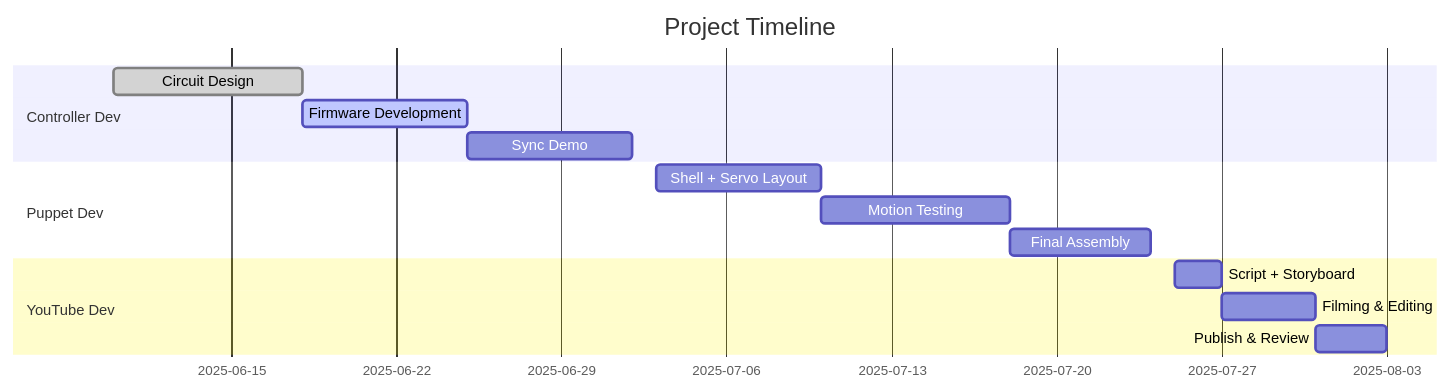
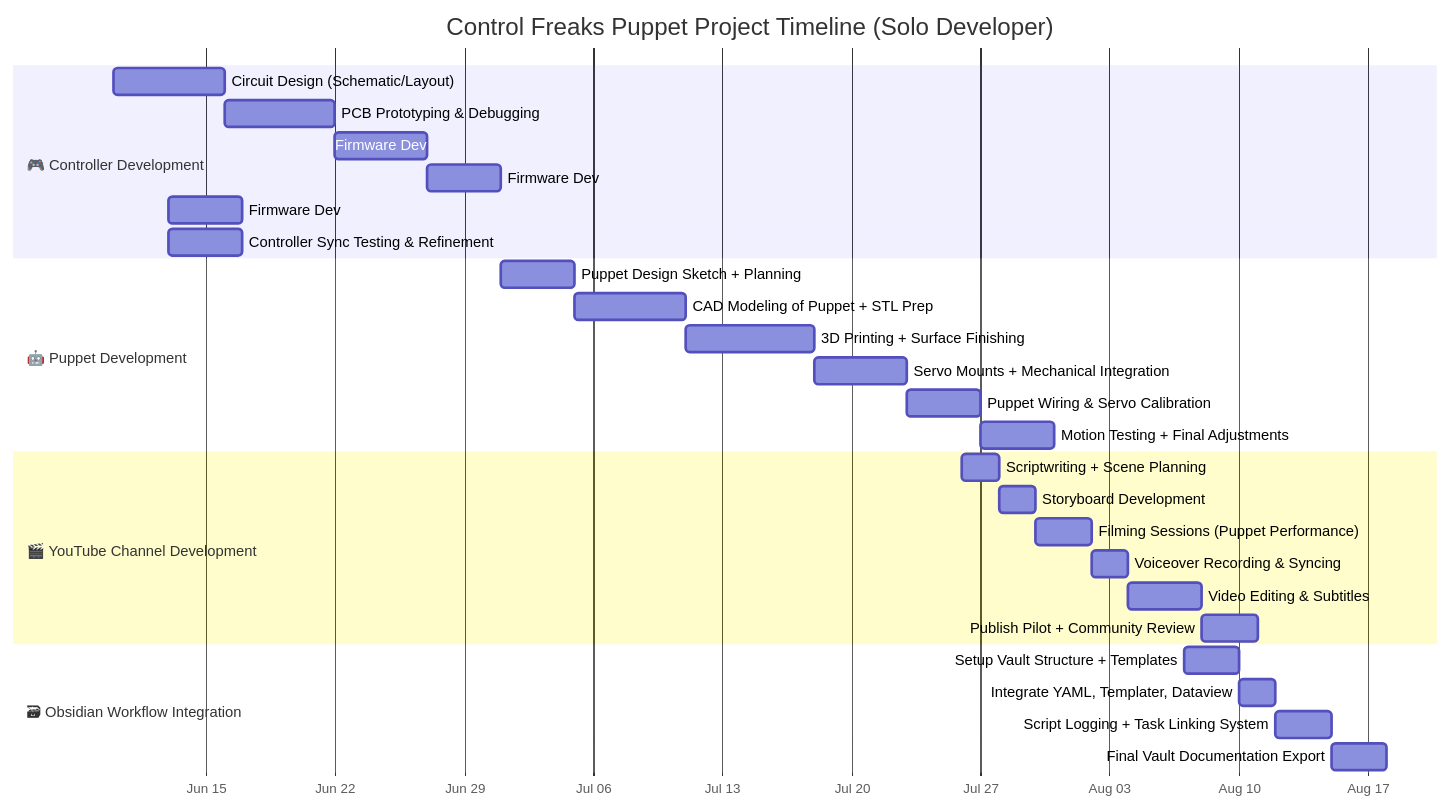
One commit to mrthomware/1.Projects changed the diagram in Control_Freaks-Puppet-Project/02.Areas/How to Setup the Project Guidlines/01.Project Overview/Mermaid Gannt Chart.md. Above: the diagram before and after it, drawn with Mermaid.

Commit message:
Update Mermaid Gannt Chart.md

````diff
--- a/Control_Freaks-Puppet-Project/02.Areas/How to Setup the Project Guidlines/01.Project Overview/Mermaid Gannt Chart.md
+++ b/Control_Freaks-Puppet-Project/02.Areas/How to Setup the Project Guidlines/01.Project Overview/Mermaid Gannt Chart.md
@@ -1,20 +1,40 @@
 ```mermaid
 gantt
-    title Project Timeline
+    title Control Freaks Puppet Project Timeline (Solo Developer)
     dateFormat  YYYY-MM-DD
+    axisFormat  %b %d
 
-    section Controller Dev
-    Circuit Design        :done, c1, 2025-06-10, 8d
-    Firmware Development  :active, c2, after c1, 7d
-    Sync Demo             :c3, after c2, 7d
+    %% PHASE 1: Controller Development
+    section 🎮 Controller Development
+    Circuit Design (Schematic/Layout)       :c1, 2025-06-10, 6d
+    PCB Prototyping & Debugging             :c2, after c1, 6d
+    Firmware Dev: Basic Motion Control      :c3, after c2, 5d
+    Firmware Dev: Audio-Motion Sync         :c4, after c3, 4d
+    Firmware Dev: Profile & Modularization  :c5, after c4, 4d
+    Controller Sync Testing & Refinement    :c6, after c5, 4d
 
-    section Puppet Dev
-    Shell + Servo Layout  :p1, 2025-07-03, 7d
-    Motion Testing        :p2, after p1, 8d
-    Final Assembly        :p3, after p2, 6d
+    %% PHASE 2: Puppet Development
+    section 🤖 Puppet Development
+    Puppet Design Sketch + Planning         :p1, 2025-07-01, 4d
+    CAD Modeling of Puppet + STL Prep       :p2, after p1, 6d
+    3D Printing + Surface Finishing         :p3, after p2, 7d
+    Servo Mounts + Mechanical Integration   :p4, after p3, 5d
+    Puppet Wiring & Servo Calibration       :p5, after p4, 4d
+    Motion Testing + Final Adjustments      :p6, after p5, 4d
 
-    section YouTube Dev
-    Script + Storyboard   :y1, 2025-07-25, 2d
-    Filming & Editing     :y2, after y1, 4d
-    Publish & Review      :y3, after y2, 3d
+    %% PHASE 3: YouTube Channel Development
+    section 🎬 YouTube Channel Development
+    Scriptwriting + Scene Planning          :y1, 2025-07-26, 2d
+    Storyboard Development                  :y2, after y1, 2d
+    Filming Sessions (Puppet Performance)   :y3, after y2, 3d
+    Voiceover Recording & Syncing           :y4, after y3, 2d
+    Video Editing & Subtitles               :y5, after y4, 4d
+    Publish Pilot + Community Review        :y6, after y5, 3d
+
+    %% PHASE 4: Obsidian Workflow Integration
+    section 🗃 Obsidian Workflow Integration
+    Setup Vault Structure + Templates       :o1, 2025-08-07, 3d
+    Integrate YAML, Templater, Dataview     :o2, after o1, 2d
+    Script Logging + Task Linking System    :o3, after o2, 3d
+    Final Vault Documentation Export        :o4, after o3, 3d
 ```
````
